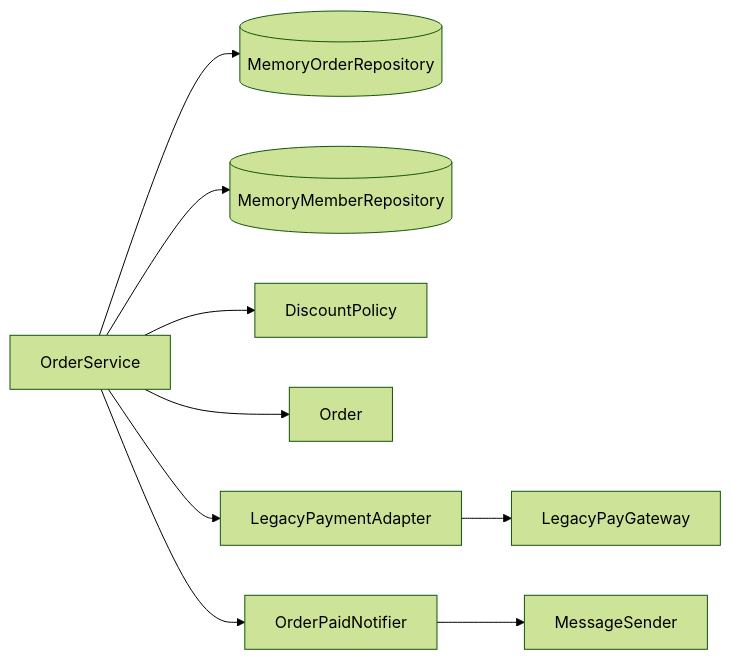
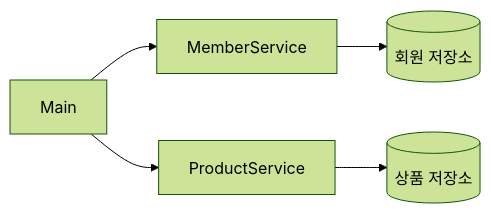
The second of 5 diagrams in .projectcode/wiki/scenarios.md (busan-bank-2026/ddd-example), drawn with Mermaid (forest theme) before and after one commit. The commit also changed other lines of this file and 6 other files, not shown here.

````diff
--- a/.projectcode/wiki/scenarios.md
+++ b/.projectcode/wiki/scenarios.md
@@ -41,11 +33,7 @@
 ```mermaid
 flowchart LR
-  A[OrderService] --> B[(MemoryOrderRepository)]
-  A --> C[(MemoryMemberRepository)]
-  A --> D[DiscountPolicy]
-  A --> E[Order]
-  A --> F[LegacyPaymentAdapter]
-  F --> G[LegacyPayGateway]
-  A --> H[OrderPaidNotifier]
-  H --> I[MessageSender]
+  A[Main] --> B[MemberService]
+  B --> C[(회원 저장소)]
+  A --> D[ProductService]
+  D --> E[(상품 저장소)]
 ```
````
